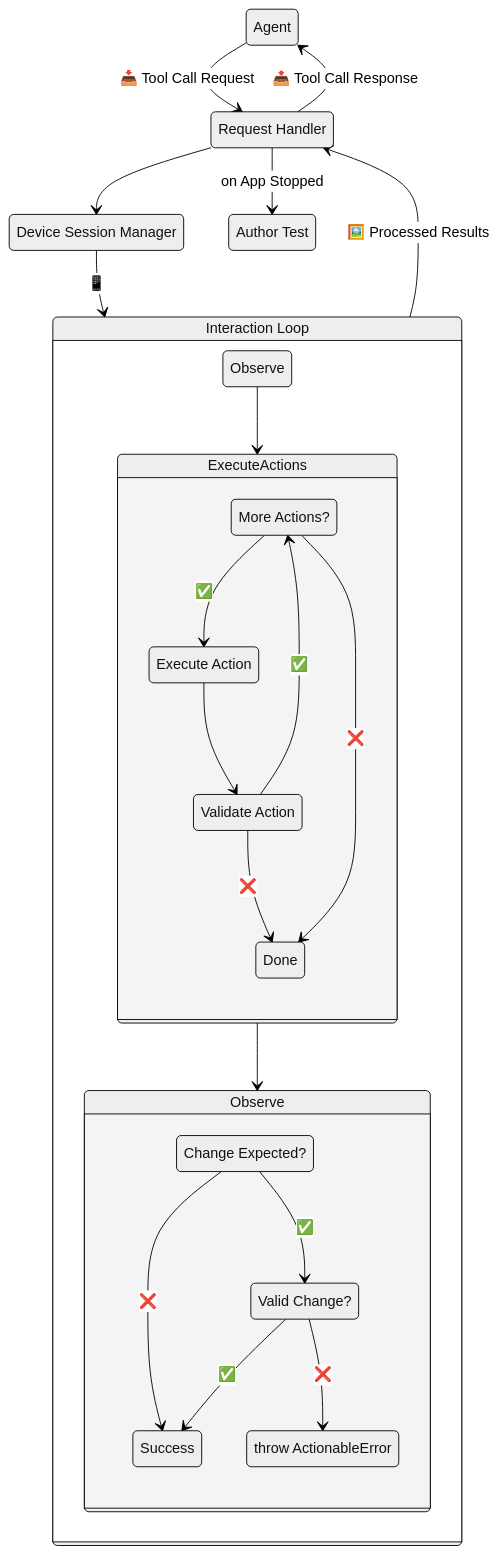
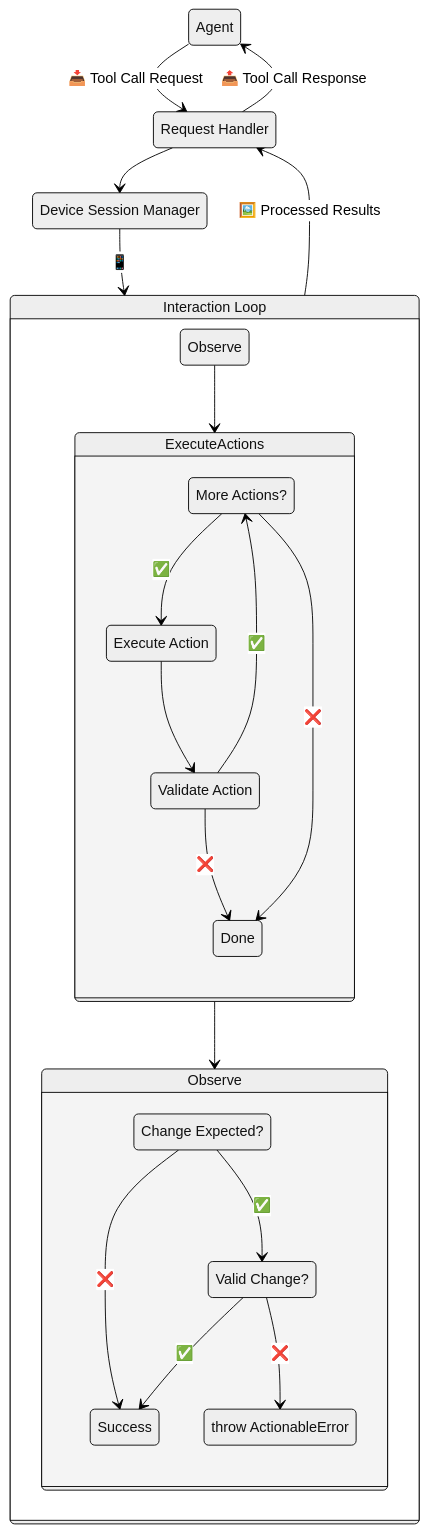
Before and after one commit to zillow/auto-mobile: the diagram in docs/features/mcp-server/system-design.md, drawn with Mermaid (neutral theme). The commit also changed 9 other files, not shown here.

````diff
--- a/docs/features/mcp-server/system-design.md
+++ b/docs/features/mcp-server/system-design.md
@@ -6,46 +6,41 @@
 ```mermaid
 stateDiagram-v2
     Agent: Agent
     RequestHandler: Request Handler
     DeviceSessionManager: Device Session Manager
     InteractionLoop: Interaction Loop
-    AuthorTest: Author Test
-  
-  
     InitialObserve: Observe
     FinalObserve: Observe
     MoreActions?: More Actions?
     ExecuteAction: Execute Action
     ValidateAction: Validate Action
     ChangeExpected?: Change Expected?
     ValidChange: Valid Change?
     ActionableError: throw ActionableError
     
         Agent --> RequestHandler : 📥 Tool Call Request
         RequestHandler --> Agent : 📤 Tool Call Response
         RequestHandler --> DeviceSessionManager
         InteractionLoop --> RequestHandler: 🖼️ Processed Results 
         DeviceSessionManager --> InteractionLoop: 📱
-        RequestHandler --> AuthorTest: on App Stopped
-    
     state InteractionLoop {
         InitialObserve --> ExecuteActions
         ExecuteActions --> FinalObserve
 
         
         state ExecuteActions {
           MoreActions? --> ExecuteAction: ✅
             ExecuteAction --> ValidateAction
             ValidateAction --> MoreActions?: ✅
             ValidateAction --> Done: ❌
             MoreActions? --> Done: ❌
         }
         
         state FinalObserve {
             ChangeExpected? --> ValidChange: ✅
             ChangeExpected? --> Success: ❌
             ValidChange --> Success: ✅
             ValidChange --> ActionableError: ❌
         }
     }
 ```
````
